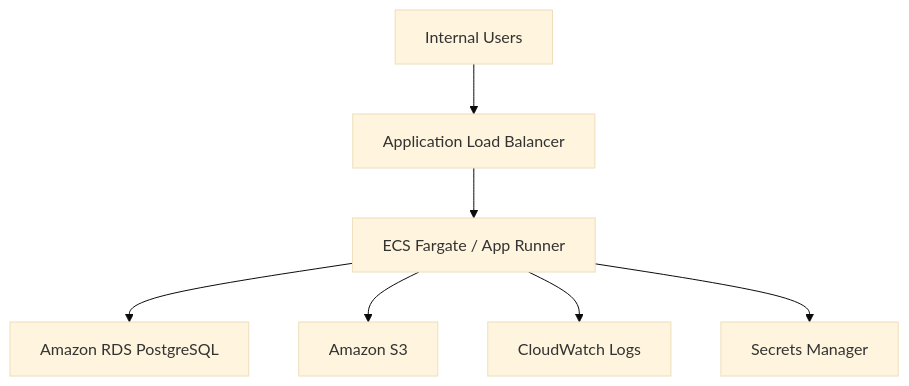
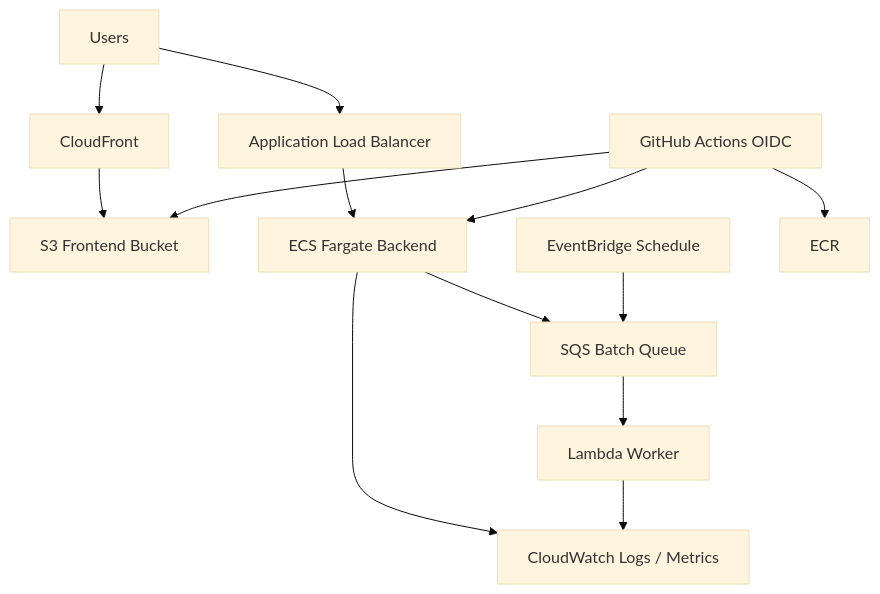
One commit to seki999/business-dashboard-93868 changed the third of 3 diagrams in docs/architecture.md. Above: the diagram before and after it, drawn with Mermaid (base theme). The commit also changed other lines of this file and 17 other files, not shown here.

````diff
--- a/docs/architecture.md
+++ b/docs/architecture.md
@@ -47,9 +45,15 @@
 ```mermaid
 flowchart TB
-  Client["Internal Users"] --> ALB["Application Load Balancer"]
-  ALB --> ECS["ECS Fargate / App Runner"]
-  ECS --> RDS["Amazon RDS PostgreSQL"]
-  ECS --> S3["Amazon S3"]
-  ECS --> CW["CloudWatch Logs"]
-  ECS --> SM["Secrets Manager"]
+  User["Users"] --> CF["CloudFront"]
+  CF --> S3["S3 Frontend Bucket"]
+  User --> ALB["Application Load Balancer"]
+  ALB --> ECS["ECS Fargate Backend"]
+  ECS --> SQS["SQS Batch Queue"]
+  EventBridge["EventBridge Schedule"] --> SQS
+  SQS --> Lambda["Lambda Worker"]
+  ECS --> CW["CloudWatch Logs / Metrics"]
+  Lambda --> CW
+  GitHub["GitHub Actions OIDC"] --> ECR["ECR"]
+  GitHub --> S3
+  GitHub --> ECS
 ```
````
